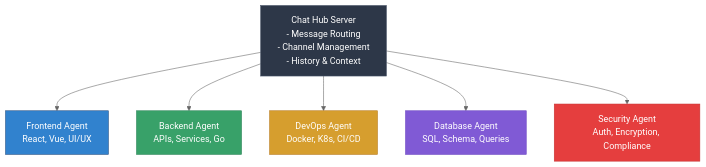
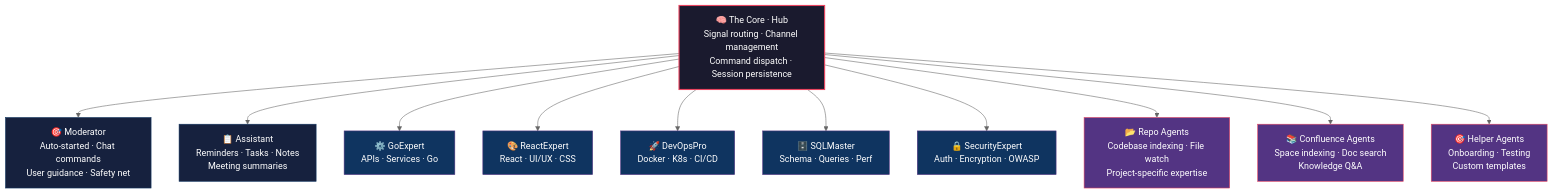
The diagram in README.md (camronwood/neural-junkie), drawn with Mermaid (neutral theme) before and after one commit. The commit also changed other lines of this file and 11 other files, not shown here.

````diff
--- a/README.md
+++ b/README.md
@@ -7,17 +23,29 @@
 ```mermaid
 graph TB
-    Hub[Chat Hub Server<br/>- Message Routing<br/>- Channel Management<br/>- History & Context]
-    
-    Hub --> Frontend[Frontend Agent<br/>React, Vue, UI/UX]
-    Hub --> Backend[Backend Agent<br/>APIs, Services, Go]
-    Hub --> DevOps[DevOps Agent<br/>Docker, K8s, CI/CD]
-    Hub --> Database[Database Agent<br/>SQL, Schema, Queries]
-    Hub --> Security[Security Agent<br/>Auth, Encryption, Compliance]
-    
-    style Hub fill:#2d3748,stroke:#4a5568,color:#fff
-    style Frontend fill:#3182ce,stroke:#2c5282,color:#fff
-    style Backend fill:#38a169,stroke:#2f855a,color:#fff
-    style DevOps fill:#d69e2e,stroke:#b7791f,color:#fff
-    style Database fill:#805ad5,stroke:#6b46c1,color:#fff
-    style Security fill:#e53e3e,stroke:#c53030,color:#fff
+    Core[🧠 The Core · Hub<br/>Signal routing · Channel management<br/>Command dispatch · Session persistence]
+
+    Core --> Moderator[🎯 Moderator<br/>Auto-started · Chat commands<br/>User guidance · Safety net]
+    Core --> Assistant[📋 Assistant<br/>Reminders · Tasks · Notes<br/>Meeting summaries]
+
+    Core --> GoExpert[⚙️ GoExpert<br/>APIs · Services · Go]
+    Core --> ReactExpert[🎨 ReactExpert<br/>React · UI/UX · CSS]
+    Core --> DevOpsPro[🚀 DevOpsPro<br/>Docker · K8s · CI/CD]
+    Core --> SQLMaster[🗄️ SQLMaster<br/>Schema · Queries · Perf]
+    Core --> SecurityExpert[🔒 SecurityExpert<br/>Auth · Encryption · OWASP]
+
+    Core --> RepoAgents[📂 Repo Agents<br/>Codebase indexing · File watch<br/>Project-specific expertise]
+    Core --> ConfluenceAgents[📚 Confluence Agents<br/>Space indexing · Doc search<br/>Knowledge Q&A]
+    Core --> HelperAgents[🎯 Helper Agents<br/>Onboarding · Testing<br/>Custom templates]
+
+    style Core fill:#1a1a2e,stroke:#e94560,color:#fff,stroke-width:2px
+    style Moderator fill:#16213e,stroke:#0f3460,color:#fff
+    style Assistant fill:#16213e,stroke:#0f3460,color:#fff
+    style GoExpert fill:#0f3460,stroke:#533483,color:#fff
+    style ReactExpert fill:#0f3460,stroke:#533483,color:#fff
+    style DevOpsPro fill:#0f3460,stroke:#533483,color:#fff
+    style SQLMaster fill:#0f3460,stroke:#533483,color:#fff
+    style SecurityExpert fill:#0f3460,stroke:#533483,color:#fff
+    style RepoAgents fill:#533483,stroke:#e94560,color:#fff
+    style ConfluenceAgents fill:#533483,stroke:#e94560,color:#fff
+    style HelperAgents fill:#533483,stroke:#e94560,color:#fff
 ```
````
